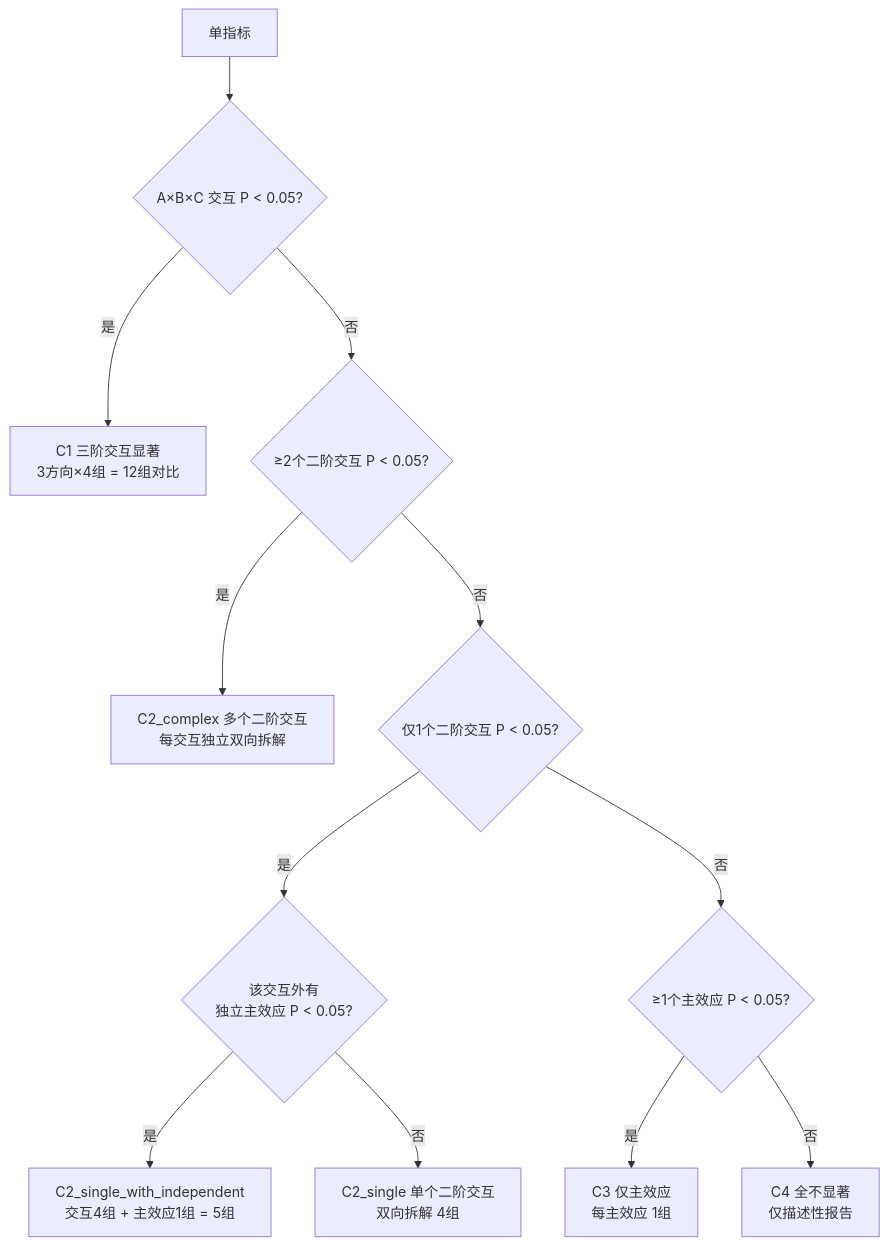
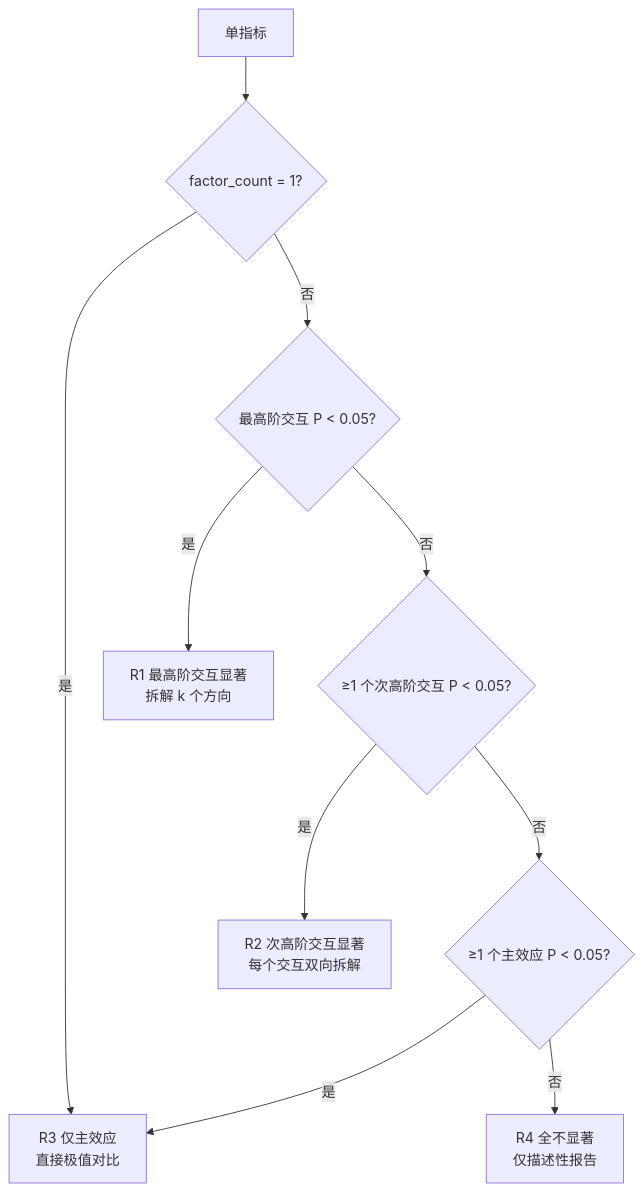
One commit to xiaojjo/Three-Factor-Results-Writer changed the diagram in README.md. Above: the diagram before and after it, drawn with Mermaid. The commit also changed other lines of this file, not shown here.

````diff
--- a/README.md
+++ b/README.md
@@ -74,14 +81,12 @@
 ```mermaid
 flowchart TD
-    START[单指标] --> Q1{A×B×C 交互 P < 0.05?}
-    Q1 -->|是| C1[C1 三阶交互显著\n3方向×4组 = 12组对比]
-    Q1 -->|否| Q2{≥2个二阶交互 P < 0.05?}
-    Q2 -->|是| C2C[C2_complex 多个二阶交互\n每交互独立双向拆解]
-    Q2 -->|否| Q3{仅1个二阶交互 P < 0.05?}
-    Q3 -->|是| Q4{该交互外有\n独立主效应 P < 0.05?}
-    Q4 -->|是| C2I[C2_single_with_independent\n交互4组 + 主效应1组 = 5组]
-    Q4 -->|否| C2S[C2_single 单个二阶交互\n双向拆解 4组]
-    Q3 -->|否| Q5{≥1个主效应 P < 0.05?}
-    Q5 -->|是| C3[C3 仅主效应\n每主效应 1组]
-    Q5 -->|否| C4[C4 全不显著\n仅描述性报告]
+    START[单指标] --> Q0{factor_count = 1?}
+    Q0 -->|是| R3[R3 仅主效应<br>直接极值对比]
+    Q0 -->|否| Q1{最高阶交互 P < 0.05?}
+    Q1 -->|是| R1[R1 最高阶交互显著<br>拆解 k 个方向]
+    Q1 -->|否| Q2{≥1 个次高阶交互 P < 0.05?}
+    Q2 -->|是| R2[R2 次高阶交互显著<br>每个交互双向拆解]
+    Q2 -->|否| Q3{≥1 个主效应 P < 0.05?}
+    Q3 -->|是| R3
+    Q3 -->|否| R4[R4 全不显著<br>仅描述性报告]
 ```
````
